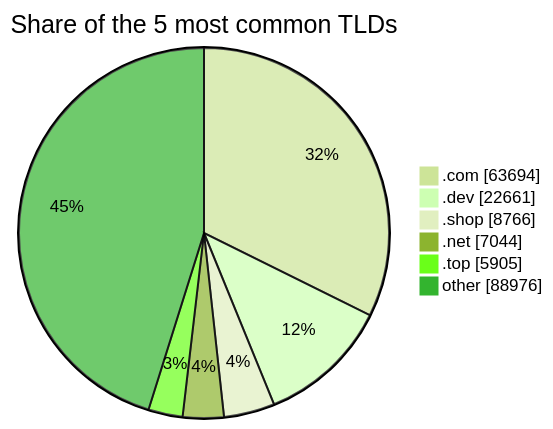
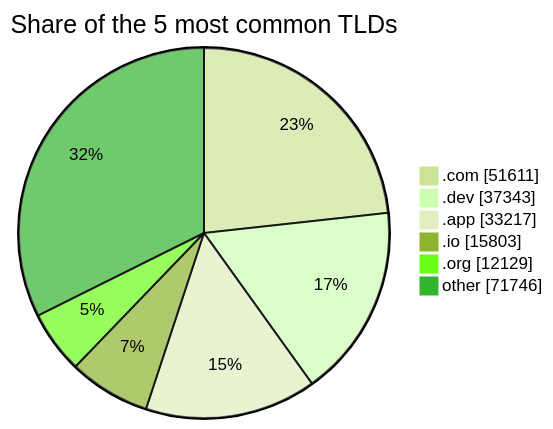
The second of 2 diagrams in README.md (DNSBunker/CTI), drawn with Mermaid (forest theme) before and after one commit. The commit also changed other lines of this file and 3 other files, not shown here.

````diff
--- a/README.md
+++ b/README.md
@@ -81,9 +72,9 @@
 ```mermaid
 pie showData title Share of the 5 most common TLDs
-    ".com" : 63694
-    ".dev" : 22661
-    ".shop" : 8766
-    ".net" : 7044
-    ".top" : 5905
-    "other" : 88976
+    ".com" : 51611
+    ".dev" : 37343
+    ".app" : 33217
+    ".io" : 15803
+    ".org" : 12129
+    "other" : 71746
 ```
````
